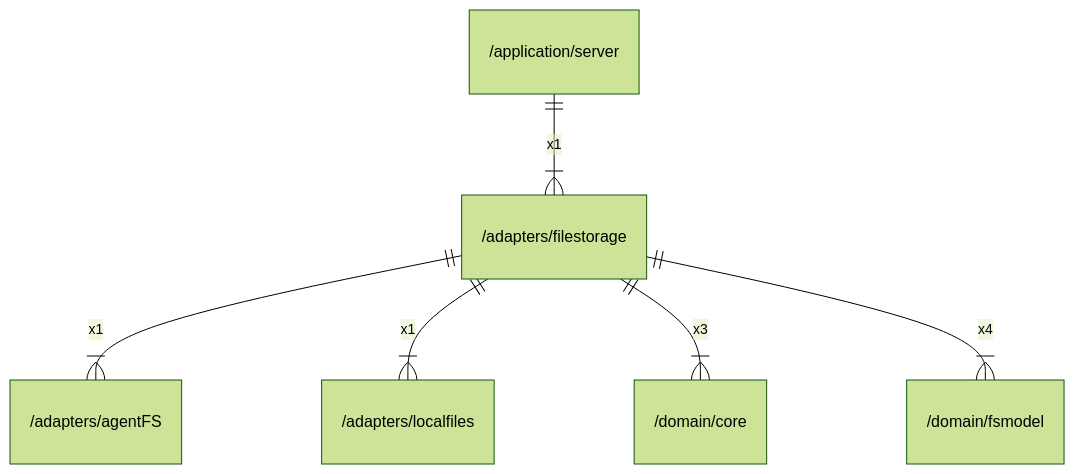
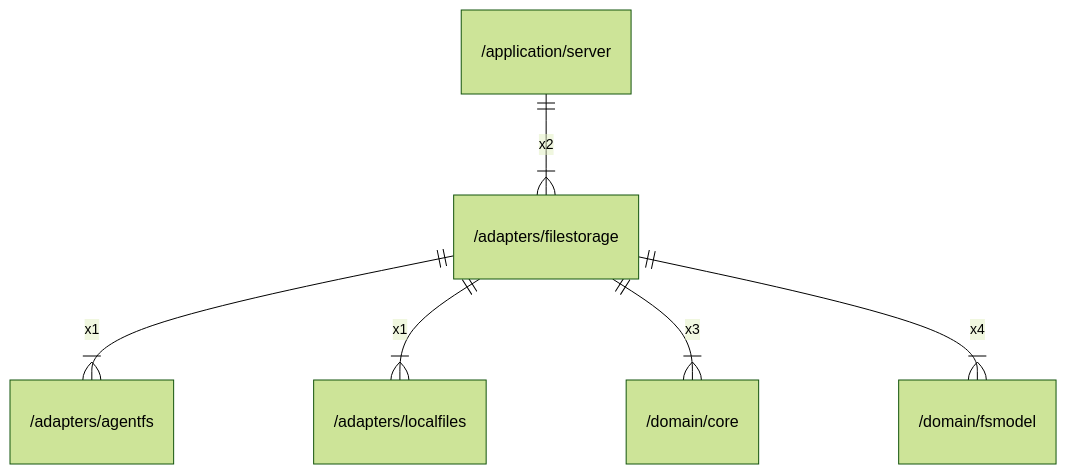
Before and after one commit to gbh007/hgraber-next: the diagram in docs/arch/adapters/filestorage.md, drawn with Mermaid (forest theme). The commit also changed other lines of this file and 52 other files, not shown here.

````diff
--- a/docs/arch/adapters/filestorage.md
+++ b/docs/arch/adapters/filestorage.md
@@ -30,8 +30,8 @@
 ```mermaid
 erDiagram
-    "/adapters/filestorage" ||--|{ "/adapters/agentFS" : x1
+    "/adapters/filestorage" ||--|{ "/adapters/agentfs" : x1
     "/adapters/filestorage" ||--|{ "/adapters/localfiles" : x1
     "/adapters/filestorage" ||--|{ "/domain/core" : x3
     "/adapters/filestorage" ||--|{ "/domain/fsmodel" : x4
-    "/application/server" ||--|{ "/adapters/filestorage" : x1
+    "/application/server" ||--|{ "/adapters/filestorage" : x2
 ```
````
